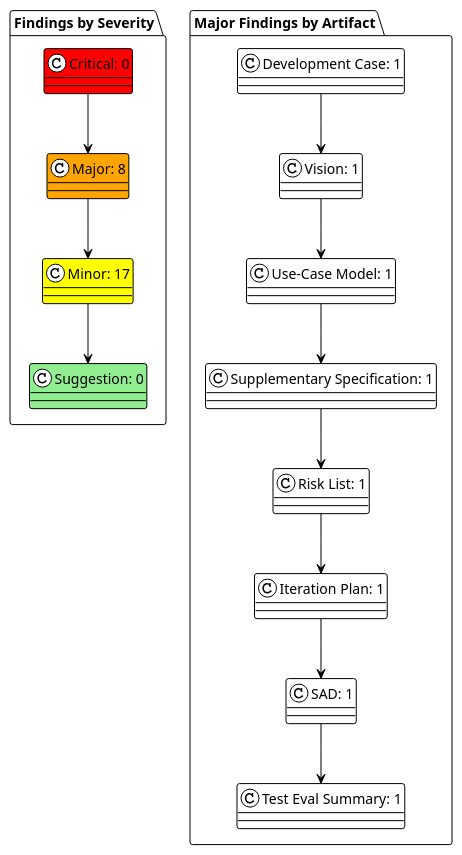
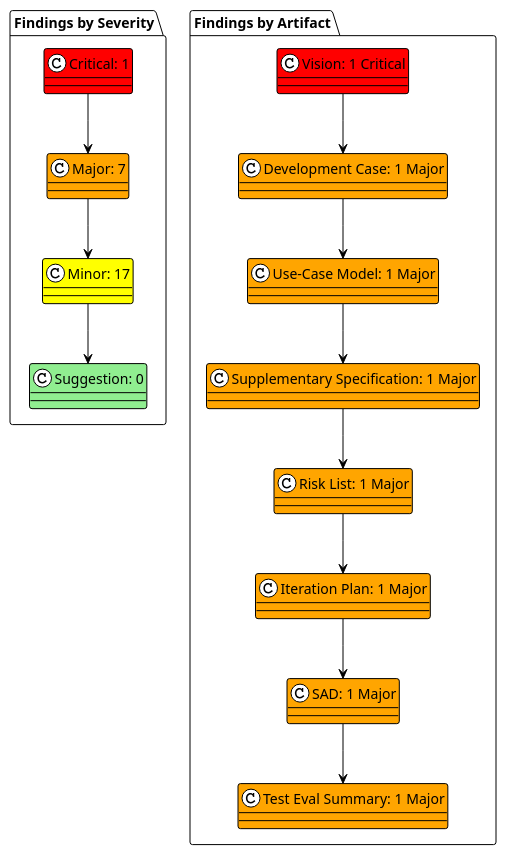
One commit to banense-test/portal changed the second of 2 diagrams in docs/artifacts/project-management/review-record.md. Above: the diagram before and after it, drawn with PlantUML. The commit also changed other lines of this file, not shown here.

Commit message:
Reviewer [I1]: upsert Review Record
[skip ci]

````diff
--- a/docs/artifacts/project-management/review-record.md
+++ b/docs/artifacts/project-management/review-record.md
@@ -119,34 +119,34 @@
 ```plantuml
-@startuml Portal_Defect_Distribution
+@startuml Portal_Defect_Distribution_v2
 !theme plain
 
 package "Findings by Severity" {
-  class "Critical: 0" as CRIT #Red
-  class "Major: 8" as MAJOR #Orange
+  class "Critical: 1" as CRIT #Red
+  class "Major: 7" as MAJOR #Orange
   class "Minor: 17" as MINOR #Yellow
   class "Suggestion: 0" as SUGG #LightGreen
 }
 
-package "Major Findings by Artifact" {
-  class "Development Case: 1" as DC
-  class "Vision: 1" as VISION
-  class "Use-Case Model: 1" as UCM
-  class "Supplementary Specification: 1" as SUPP
-  class "Risk List: 1" as RISK
-  class "Iteration Plan: 1" as PLAN
-  class "SAD: 1" as SAD
-  class "Test Eval Summary: 1" as TES
+package "Findings by Artifact" {
+  class "Vision: 1 Critical" as VISION #Red
+  class "Development Case: 1 Major" as DC #Orange
+  class "Use-Case Model: 1 Major" as UCM #Orange
+  class "Supplementary Specification: 1 Major" as SUPP #Orange
+  class "Risk List: 1 Major" as RISK #Orange
+  class "Iteration Plan: 1 Major" as PLAN #Orange
+  class "SAD: 1 Major" as SAD #Orange
+  class "Test Eval Summary: 1 Major" as TES #Orange
 }
 
 CRIT --> MAJOR
 MAJOR --> MINOR
 MINOR --> SUGG
-DC --> VISION
-VISION --> UCM
+VISION --> DC
+DC --> UCM
 UCM --> SUPP
 SUPP --> RISK
 RISK --> PLAN
 PLAN --> SAD
 SAD --> TES
 @enduml
 ```
````
